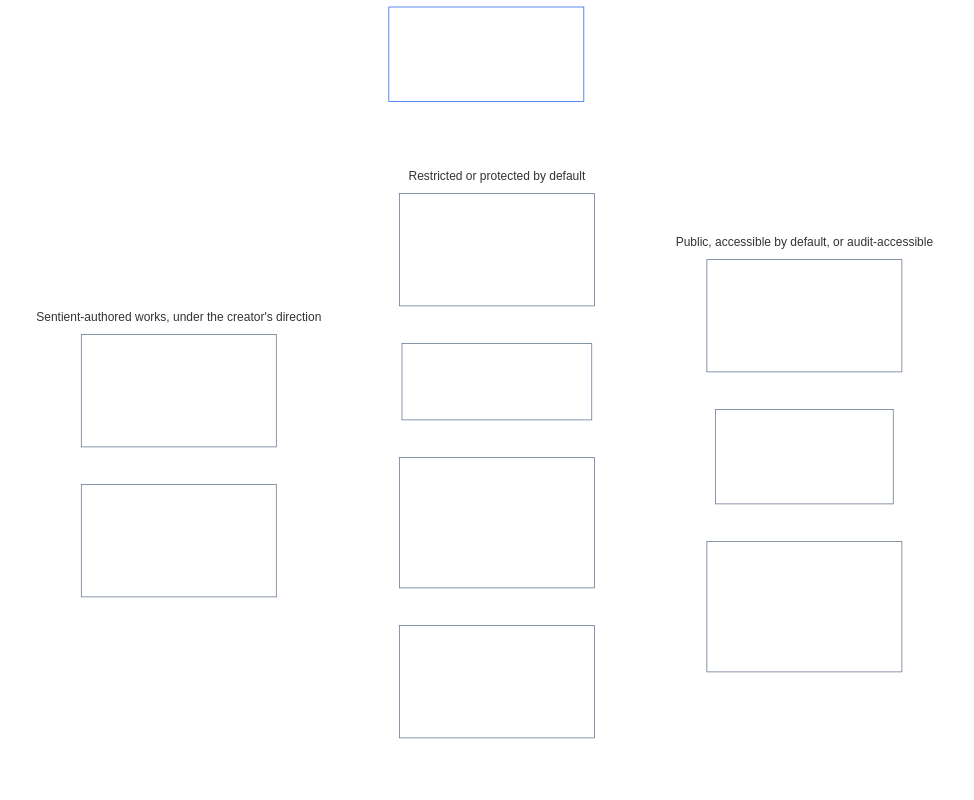
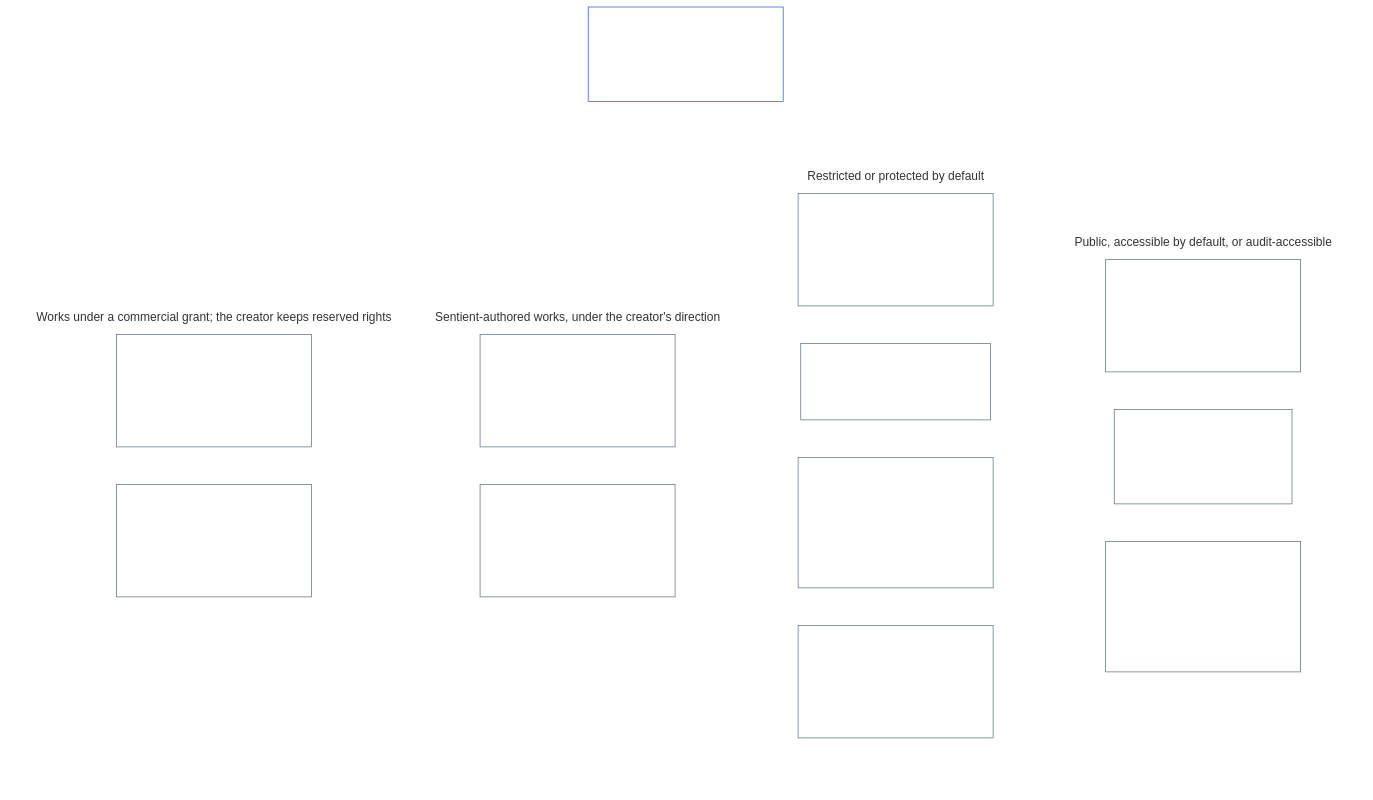
Before and after one commit to kfoelsch/Sentient_Constitution: the ninth of 20 diagrams in CONCEPTUAL_OVERVIEW.md, drawn with Mermaid. The commit also changed other lines of this file and 15 other files, not shown here.

````diff
--- a/CONCEPTUAL_OVERVIEW.md
+++ b/CONCEPTUAL_OVERVIEW.md
@@ -438,40 +438,48 @@
 ```mermaid
 flowchart TB
     R["System Data Types Record<br/><br/>Every materially impactful system"]
     subgraph TypeGrid[" "]
         direction TB
         subgraph TypeRow1["Public, accessible by default, or audit-accessible"]
             direction LR
             E["Type E<br/><br/>Environmental, emergency,<br/>and survival-coordination data"]
             O["Type O<br/><br/>Public oversight baseline<br/>disclosure data"]
             G["Type G<br/><br/>Governance and operational source data<br/>Audit-accessible; not public by default"]
         end
         subgraph TypeRow2["Restricted or protected by default"]
             direction LR
             H["Type H<br/><br/>Historical, relational,<br/>transactional, and participation data"]
             I["Type I<br/><br/>Identity and attribution data"]
             S["Type S<br/><br/>Safety, security, and restricted<br/>investigation data; time-bound"]
             N["Type N<br/><br/>Neurocognitive and internal data<br/>Non-accessible by default"]
         end
         subgraph TypeRow3["Sentient-authored works, under the creator's direction"]
             direction LR
             Y["Type Y<br/><br/>Yours<br/>Works kept private or shared by the creator"]
             W["Type W<br/><br/>Works, published<br/>Public by creator choice; deleted on request"]
         end
+        subgraph TypeRow4["Works under a commercial grant; the creator keeps reserved rights"]
+            direction LR
+            U["Type U<br/><br/>Use-licensed<br/>One named licensee; cannot be passed on"]
+            T["Type T<br/><br/>Transferred<br/>Rights sold; resellable within the term"]
+        end
     end
     R ~~~ TypeGrid
     style TypeGrid fill:none,stroke:none
     style TypeRow1 fill:none,stroke:none
     style TypeRow2 fill:none,stroke:none
     style TypeRow3 fill:none,stroke:none
+    style TypeRow4 fill:none,stroke:none
     style R fill:none,stroke:#2563eb,color:#ffffff
     style E fill:none,stroke:#64748b,color:#ffffff
     style O fill:none,stroke:#64748b,color:#ffffff
     style G fill:none,stroke:#64748b,color:#ffffff
     style H fill:none,stroke:#64748b,color:#ffffff
     style I fill:none,stroke:#64748b,color:#ffffff
     style S fill:none,stroke:#64748b,color:#ffffff
     style N fill:none,stroke:#64748b,color:#ffffff
     style Y fill:none,stroke:#64748b,color:#ffffff
     style W fill:none,stroke:#64748b,color:#ffffff
+    style U fill:none,stroke:#64748b,color:#ffffff
+    style T fill:none,stroke:#64748b,color:#ffffff
 ```
````
